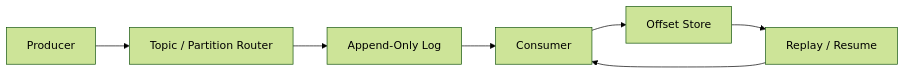
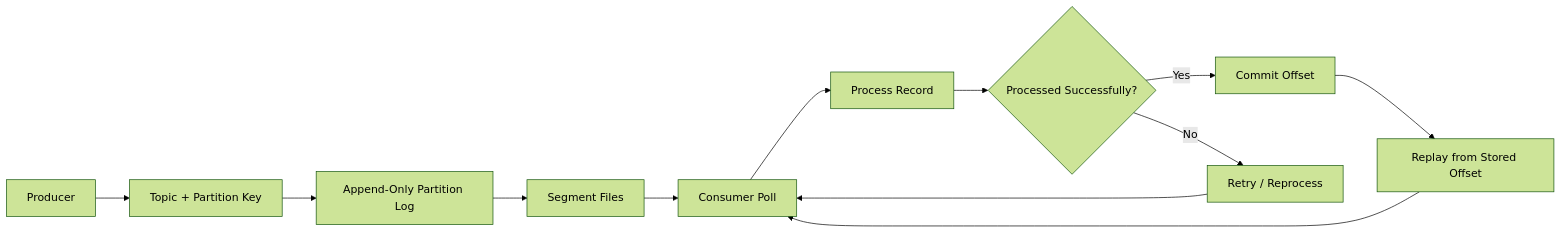
One commit to DiacencoDumitru/event-streaming-system changed the diagram in README.md. Above: the diagram before and after it, drawn with Mermaid (forest theme).

Commit message:
docs: strengthen architecture flowchart in readme

````diff
--- a/README.md
+++ b/README.md
@@ -22,9 +22,14 @@
 ```mermaid
 flowchart LR
-    Producer["Producer"] --> Router["Topic / Partition Router"]
-    Router --> AppendLog["Append-Only Log"]
-    AppendLog --> Consumer["Consumer"]
-    Consumer --> OffsetStore["Offset Store"]
-    OffsetStore --> Replay["Replay / Resume"]
-    Replay --> Consumer
+    Producer["Producer"] --> Partitioner["Topic + Partition Key"]
+    Partitioner --> AppendLog["Append-Only Partition Log"]
+    AppendLog --> SegmentStore["Segment Files"]
+    SegmentStore --> ConsumerPoll["Consumer Poll"]
+    ConsumerPoll --> Process["Process Record"]
+    Process --> Ack{"Processed Successfully?"}
+    Ack -->|Yes| CommitOffset["Commit Offset"]
+    Ack -->|No| Retry["Retry / Reprocess"]
+    Retry --> ConsumerPoll
+    CommitOffset --> Replay["Replay from Stored Offset"]
+    Replay --> ConsumerPoll
 ```
````
